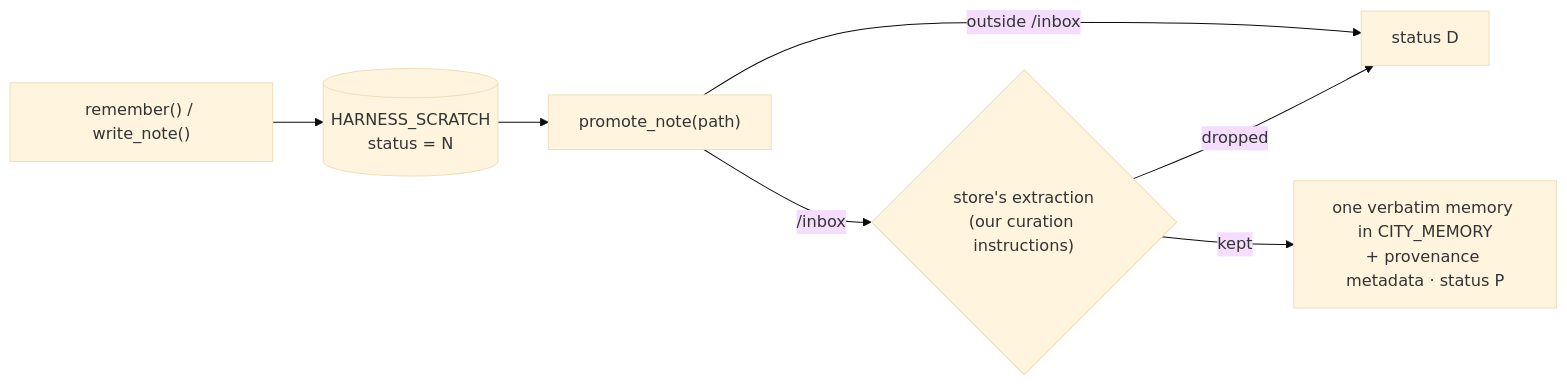
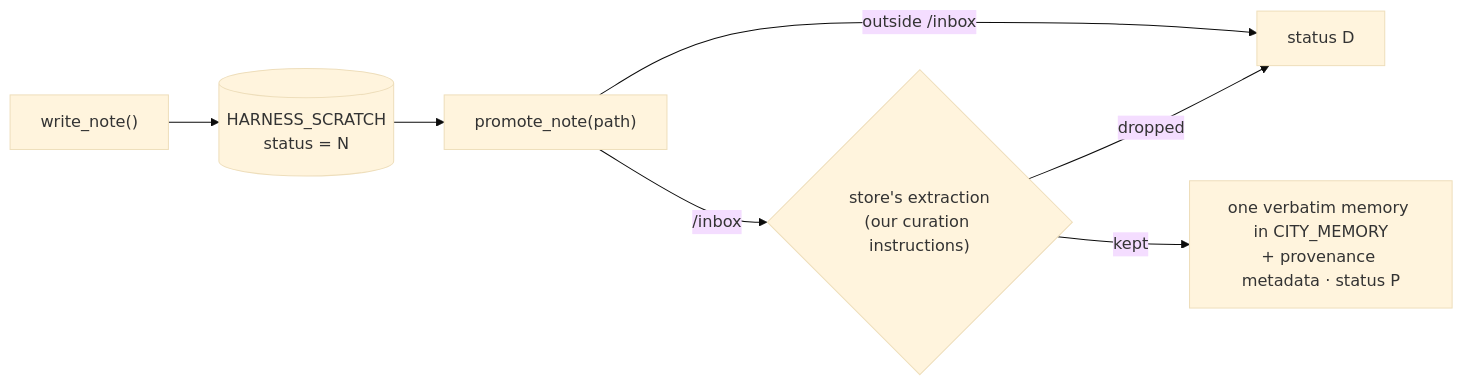
The eighth of 16 diagrams in docs/WALKTHROUGH.md (anantsrivast/cityops-agent-harness), drawn with Mermaid (base theme) before and after one commit. The commit also changed other lines of this file and 4 other files, not shown here.

````diff
--- a/docs/WALKTHROUGH.md
+++ b/docs/WALKTHROUGH.md
@@ -255,9 +255,9 @@
 ```mermaid
 flowchart LR
-  w["remember() / write_note()"] --> SC[("HARNESS_SCRATCH<br/>status = N")]
+  w["write_note()"] --> SC[("HARNESS_SCRATCH<br/>status = N")]
   SC --> PN["promote_note(path)"]
   PN -->|"outside /inbox"| DD["status D"]
   PN -->|"/inbox"| TG{"store's extraction<br/>(our curation instructions)"}
   TG -->|kept| PR["one verbatim memory in CITY_MEMORY<br/>+ provenance metadata · status P"]
   TG -->|dropped| DD
 ```
````
